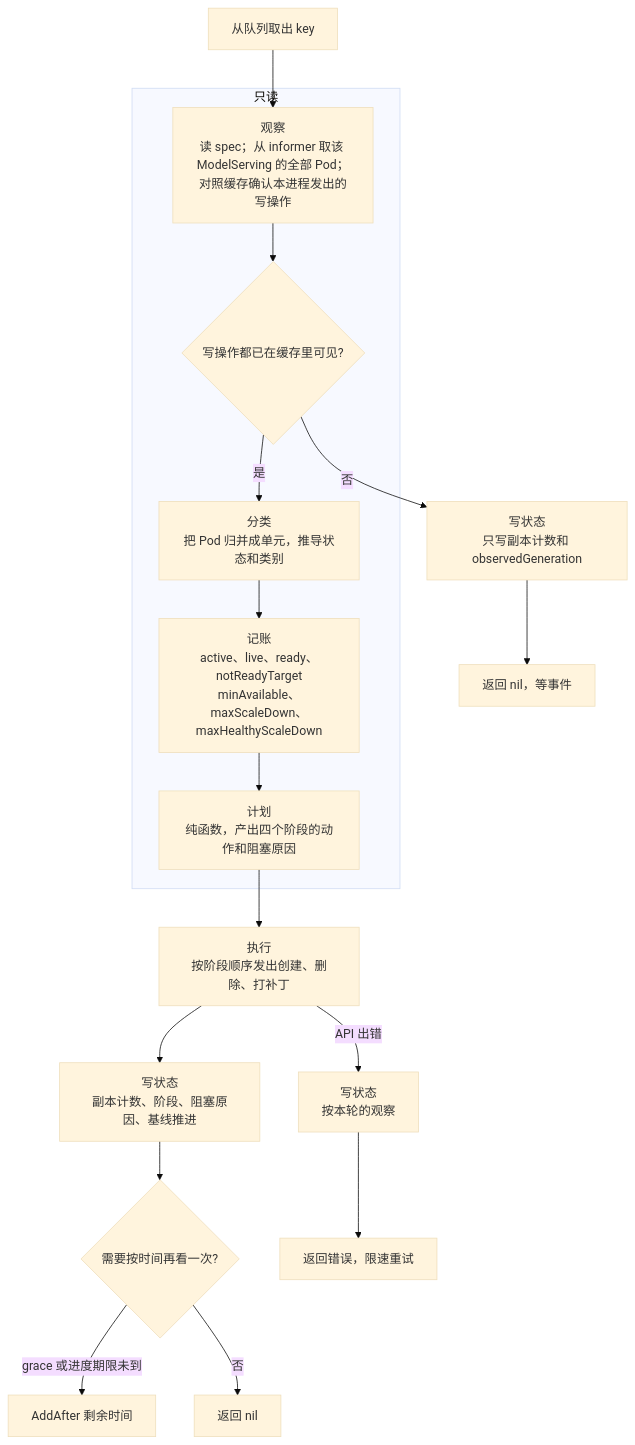
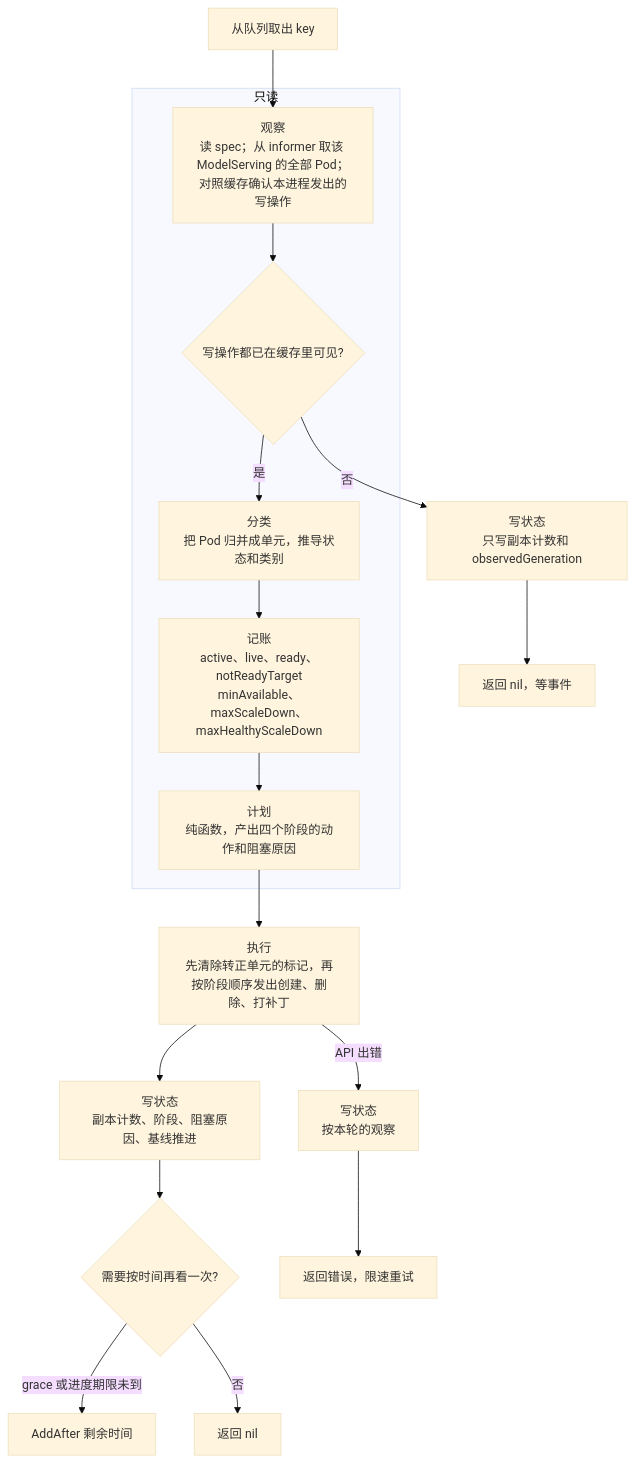
Before and after one commit to VanderChen/kthena: the eighth of 10 diagrams in docs/proposal/modelserving-rollout-state-design.md, drawn with Mermaid (base theme). The commit also changed other lines of this file and 2 other files, not shown here.

````diff
--- a/docs/proposal/modelserving-rollout-state-design.md
+++ b/docs/proposal/modelserving-rollout-state-design.md
@@ -436,17 +436,17 @@
 ```mermaid
 flowchart TD
     Q[从队列取出 key] --> O
     subgraph 只读
     O[观察<br/>读 spec；从 informer 取该 ModelServing 的全部 Pod；<br/>对照缓存确认本进程发出的写操作] --> X{写操作都已在缓存里可见?}
     X -->|是| C[分类<br/>把 Pod 归并成单元，推导状态和类别]
     C --> L[记账<br/>active、live、ready、notReadyTarget<br/>minAvailable、maxScaleDown、maxHealthyScaleDown]
     L --> P[计划<br/>纯函数，产出四个阶段的动作和阻塞原因]
     end
-    P --> E[执行<br/>按阶段顺序发出创建、删除、打补丁]
+    P --> E[执行<br/>先清除转正单元的标记，再按阶段顺序发出创建、删除、打补丁]
     E --> S[写状态<br/>副本计数、阶段、阻塞原因、基线推进]
     S --> R{需要按时间再看一次?}
     R -->|grace 或进度期限未到| RA[AddAfter 剩余时间]
     R -->|否| RN[返回 nil]
     E -->|API 出错| SE[写状态<br/>按本轮的观察] --> RE[返回错误，限速重试]
     X -->|否| SW[写状态<br/>只写副本计数和 observedGeneration] --> RW[返回 nil，等事件]
 ```
````
